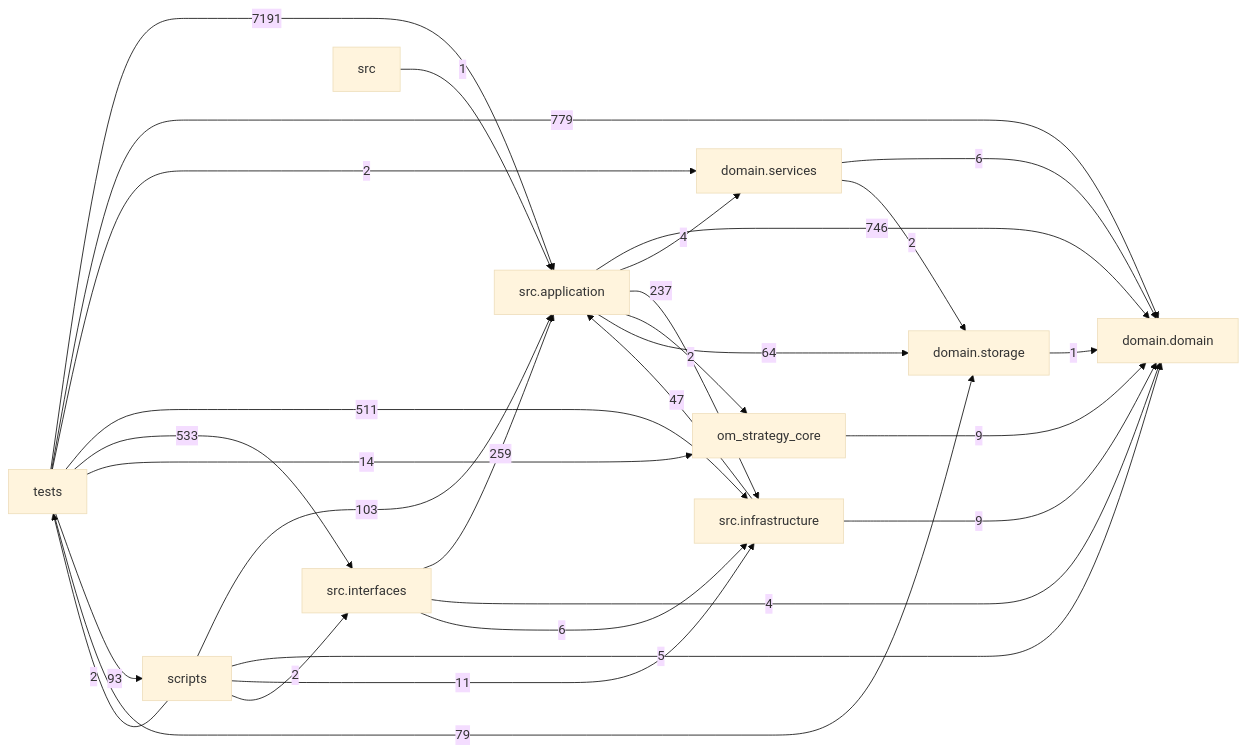
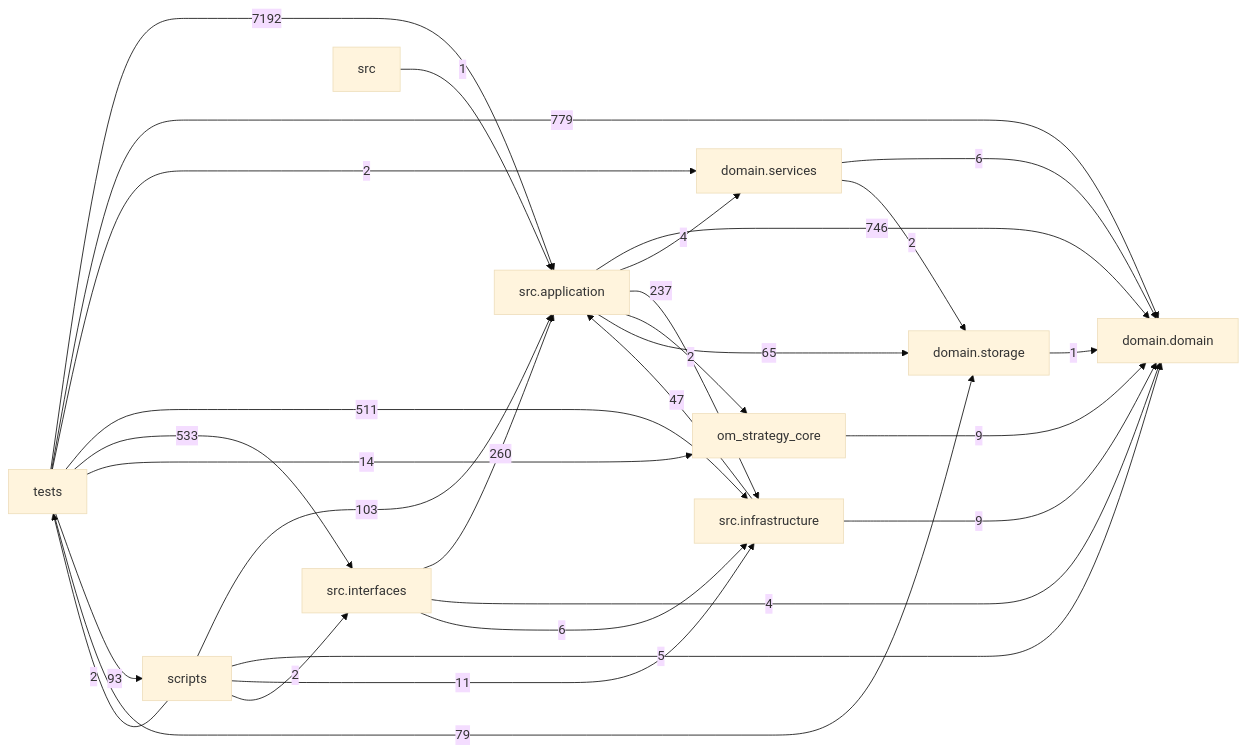
Before and after one commit to liuxie066/options-monitor: the diagram in docs/DEPENDENCY_GRAPH.md, drawn with Mermaid (base theme). The commit also changed other lines of this file and 7 other files, not shown here.

````diff
--- a/docs/DEPENDENCY_GRAPH.md
+++ b/docs/DEPENDENCY_GRAPH.md
@@ -24,39 +24,39 @@
 ```mermaid
 flowchart LR
   tests["tests"]
   scripts["scripts"]
   interfaces["src.interfaces"]
   application["src.application"]
   infrastructure["src.infrastructure"]
   domain_services["domain.services"]
   domain["domain.domain"]
   storage["domain.storage"]
   application -->|746| domain
   application -->|4| domain_services
   application -->|237| infrastructure
   application -->|2| om_strategy_core
-  application -->|64| storage
+  application -->|65| storage
   domain_services -->|6| domain
   domain_services -->|2| storage
   infrastructure -->|47| application
   infrastructure -->|9| domain
-  interfaces -->|259| application
+  interfaces -->|260| application
   interfaces -->|4| domain
   interfaces -->|6| infrastructure
   om_strategy_core -->|9| domain
   scripts -->|103| application
   scripts -->|5| domain
   scripts -->|11| infrastructure
   scripts -->|2| interfaces
   scripts -->|2| tests
   src -->|1| application
   storage -->|1| domain
-  tests -->|7191| application
+  tests -->|7192| application
   tests -->|779| domain
   tests -->|2| domain_services
   tests -->|511| infrastructure
   tests -->|533| interfaces
   tests -->|14| om_strategy_core
   tests -->|93| scripts
   tests -->|79| storage
 ```
````
